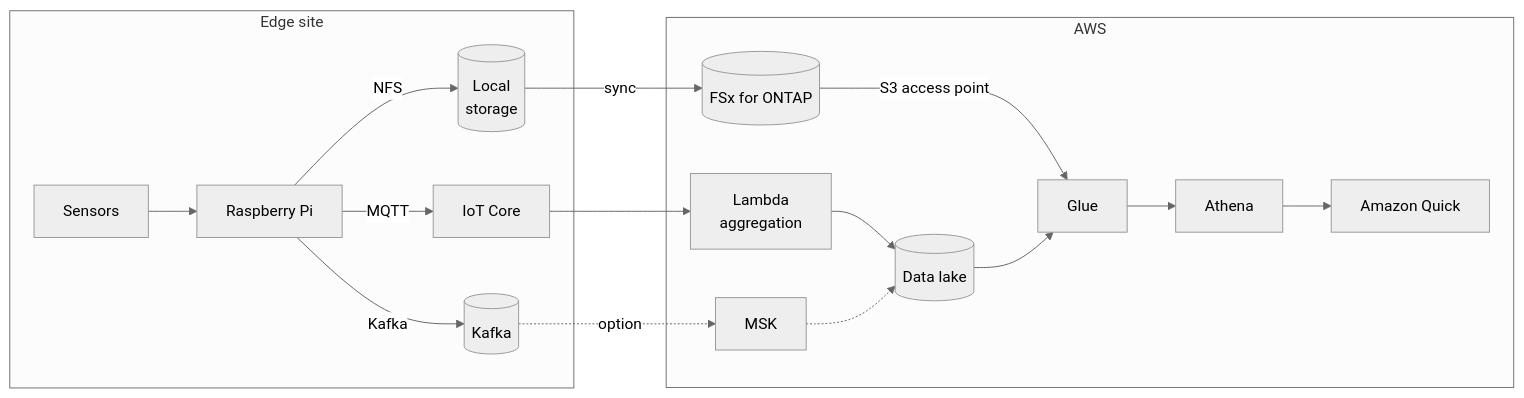
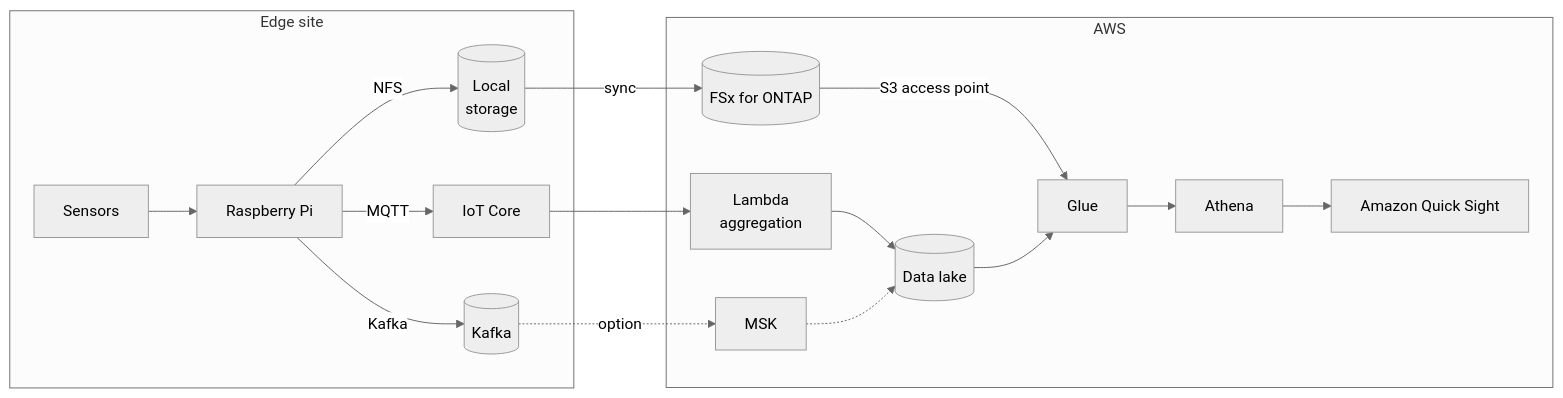
One commit to Yoshiki0705/ONTAP-Edge-to-Cloud-AI changed the diagram in docs/en/aws-patterns/03-industrial-iot-analytics.md. Above: the diagram before and after it, drawn with Mermaid (neutral theme). The commit also changed other lines of this file and 33 other files, not shown here.

````diff
--- a/docs/en/aws-patterns/03-industrial-iot-analytics.md
+++ b/docs/en/aws-patterns/03-industrial-iot-analytics.md
@@ -24,20 +24,20 @@
 ```mermaid
 graph LR
   subgraph Edge["Edge site"]
     S[Sensors] --> PI[Raspberry Pi]
     PI -->|MQTT| CORE
     PI -->|Kafka| K[(Kafka)]
     PI -->|NFS| LS[(Local<br/>storage)]
   end
   subgraph Cloud["AWS"]
     CORE[IoT Core] --> LM[Lambda<br/>aggregation]
     LM --> LAKE[(Data lake)]
     K -.->|option| MSK[MSK]
     MSK -.-> LAKE
     LS -->|sync| FSX[(FSx for ONTAP)]
     FSX -->|S3 access point| GL[Glue]
     LAKE --> GL
     GL --> ATH[Athena]
-    ATH --> BI[Amazon Quick]
+    ATH --> BI[Amazon Quick Sight]
   end
 ```
````
